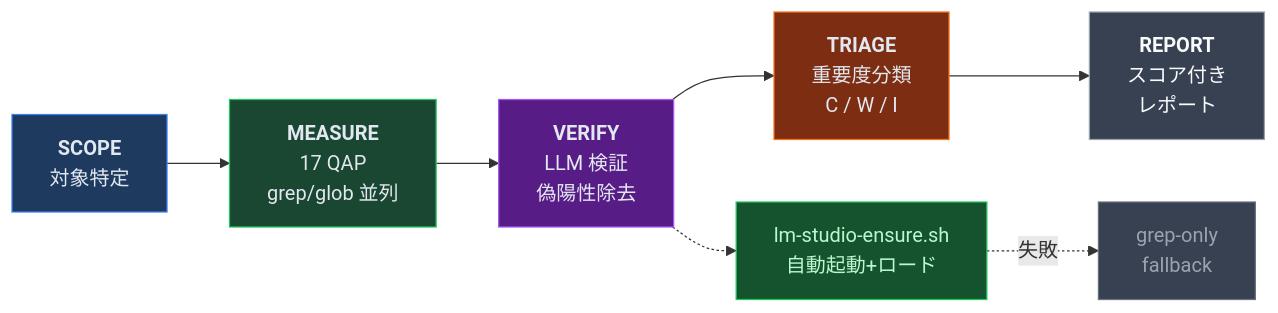
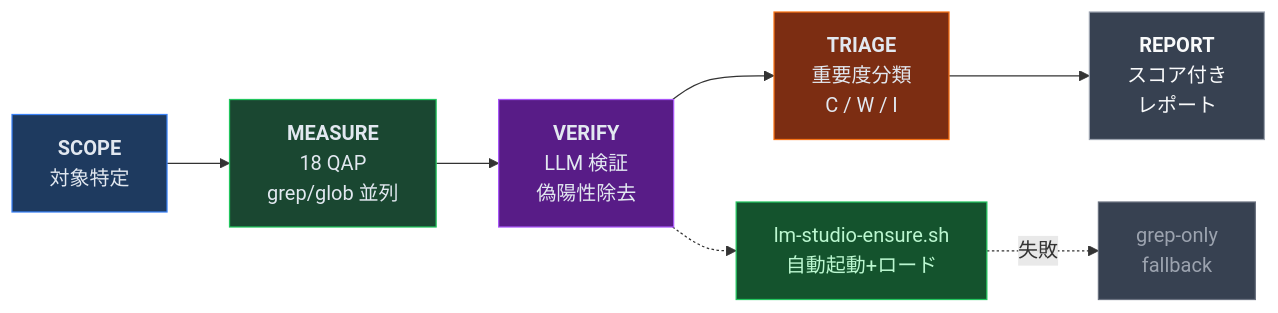
The eighth of 18 diagrams in README.md (ohyesiamy/web-anomaly-detector), drawn with Mermaid before and after one commit. The commit also changed other lines of this file and 10 other files, not shown here.

````diff
--- a/README.md
+++ b/README.md
@@ -552,18 +570,18 @@
 ```mermaid
 graph LR
-    S["<b>SCOPE</b>\n対象特定"] --> M["<b>MEASURE</b>\n17 QAP\ngrep/glob 並列"]
+    S["<b>SCOPE</b>\n対象特定"] --> M["<b>MEASURE</b>\n18 QAP\ngrep/glob 並列"]
     M --> V["<b>VERIFY</b>\nLLM 検証\n偽陽性除去"]
     V --> T["<b>TRIAGE</b>\n重要度分類\nC / W / I"]
     T --> R["<b>REPORT</b>\nスコア付き\nレポート"]
 
     V -.-> E["lm-studio-ensure.sh\n自動起動+ロード"]
     E -.->|失敗| FB["grep-only\nfallback"]
 
     style S fill:#1e3a5f,stroke:#3b82f6,color:#e2e8f0
     style M fill:#1a4731,stroke:#22c55e,color:#e2e8f0
     style V fill:#581c87,stroke:#a855f7,color:#e2e8f0
     style T fill:#7c2d12,stroke:#f97316,color:#e2e8f0
     style R fill:#374151,stroke:#9ca3af,color:#f9fafb
     style E fill:#14532d,stroke:#22c55e,color:#bbf7d0
     style FB fill:#374151,stroke:#6b7280,color:#9ca3af
 ```
````
